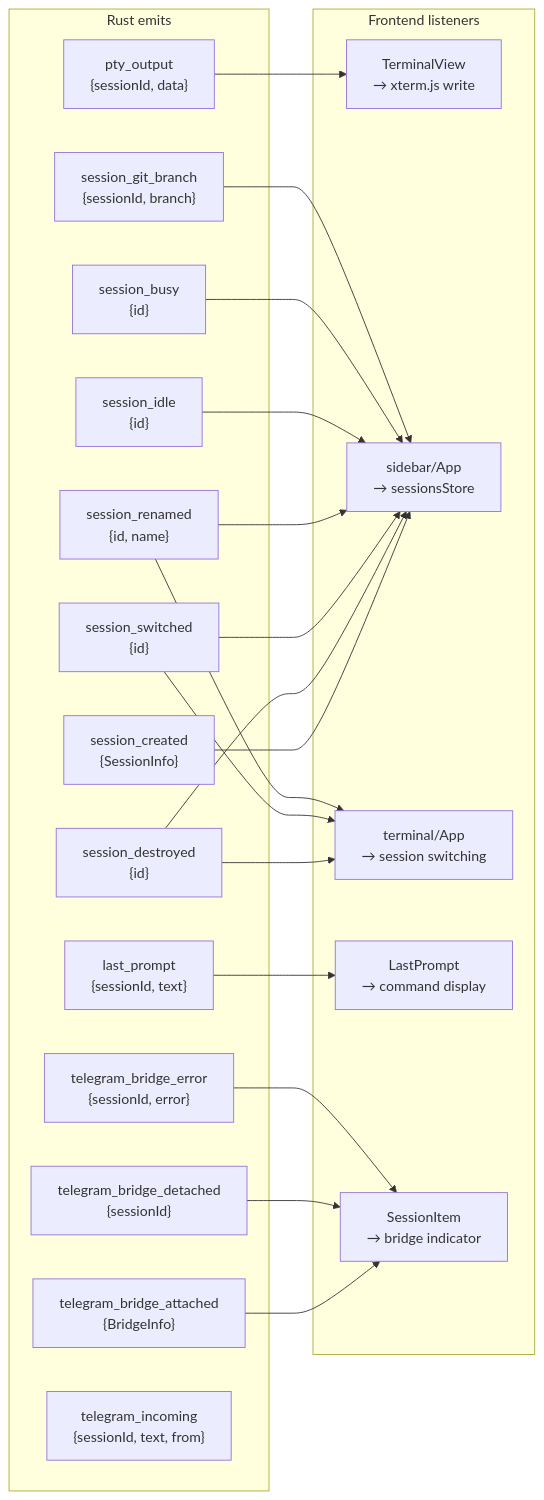
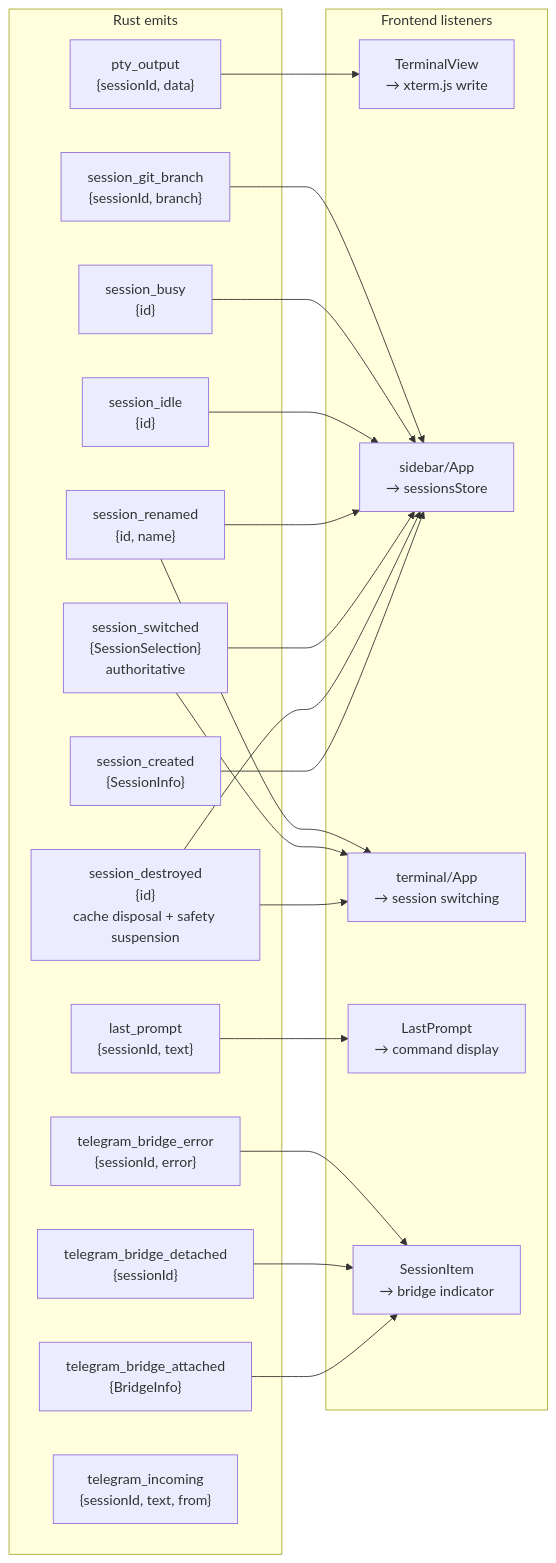
One commit to mblua/AgentsCommander changed the seventh of 15 diagrams in docs/reference/architecture.md. Above: the diagram before and after it, drawn with Mermaid. The commit also changed other lines of this file and 1 other file, not shown here.

Commit message:
docs(session): document authoritative selection for #1027

````diff
--- a/docs/reference/architecture.md
+++ b/docs/reference/architecture.md
@@ -301,42 +301,42 @@
 ```mermaid
 graph LR
     subgraph "Rust emits"
         E1["pty_output<br/>{sessionId, data}"]
         E2["session_created<br/>{SessionInfo}"]
-        E3["session_destroyed<br/>{id}"]
-        E4["session_switched<br/>{id}"]
+        E3["session_destroyed<br/>{id}<br/>cache disposal + safety suspension"]
+        E4["session_switched<br/>{SessionSelection}<br/>authoritative"]
         E5["session_renamed<br/>{id, name}"]
         E6["session_idle<br/>{id}"]
         E7["session_busy<br/>{id}"]
         E8["session_git_branch<br/>{sessionId, branch}"]
         E9["last_prompt<br/>{sessionId, text}"]
         E10["telegram_bridge_attached<br/>{BridgeInfo}"]
         E11["telegram_bridge_detached<br/>{sessionId}"]
         E12["telegram_bridge_error<br/>{sessionId, error}"]
         E13["telegram_incoming<br/>{sessionId, text, from}"]
     end
 
     subgraph "Frontend listeners"
         L1["TerminalView<br/>→ xterm.js write"]
         L2["sidebar/App<br/>→ sessionsStore"]
         L3["terminal/App<br/>→ session switching"]
         L4["LastPrompt<br/>→ command display"]
         L5["SessionItem<br/>→ bridge indicator"]
     end
 
     E1 --> L1
     E2 --> L2
     E3 --> L2
     E3 --> L3
     E4 --> L2
     E4 --> L3
     E5 --> L2
     E5 --> L3
     E6 --> L2
     E7 --> L2
     E8 --> L2
     E9 --> L4
     E10 --> L5
     E11 --> L5
     E12 --> L5
 ```
````
